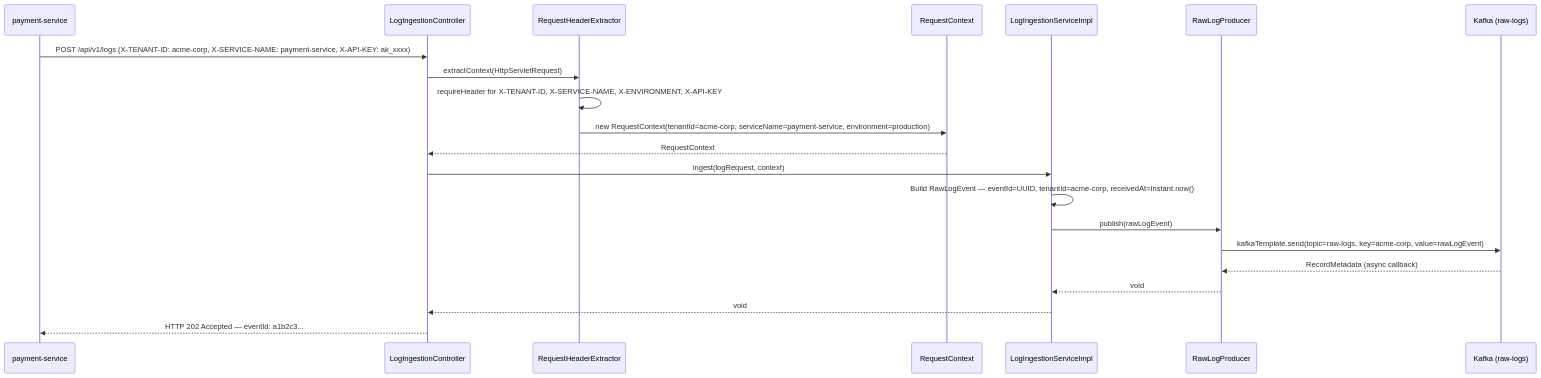
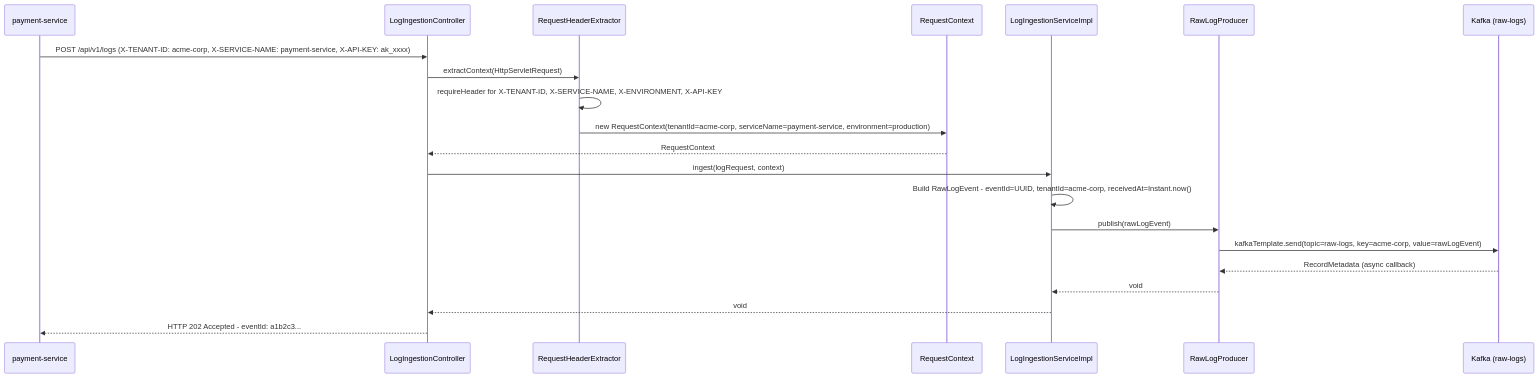
One commit to ashmitjsg/log0-website changed the fifth of 7 diagrams in content/docs/architecture/flow-diagrams.mdx. Above: the diagram before and after it, drawn with Mermaid. The commit also changed other lines of this file and 4 other files, not shown here.

````diff
--- a/content/docs/architecture/flow-diagrams.mdx
+++ b/content/docs/architecture/flow-diagrams.mdx
@@ -314,27 +314,27 @@
 ```mermaid
 sequenceDiagram
     participant SVC as payment-service
     participant CTL as LogIngestionController
     participant RHE as RequestHeaderExtractor
     participant RC as RequestContext
     participant SVC2 as LogIngestionServiceImpl
     participant PROD as RawLogProducer
     participant K as Kafka (raw-logs)
 
     SVC->>CTL: POST /api/v1/logs (X-TENANT-ID: acme-corp, X-SERVICE-NAME: payment-service, X-API-KEY: ak_xxxx)
 
     CTL->>RHE: extractContext(HttpServletRequest)
     RHE->>RHE: requireHeader for X-TENANT-ID, X-SERVICE-NAME, X-ENVIRONMENT, X-API-KEY
     RHE->>RC: new RequestContext(tenantId=acme-corp, serviceName=payment-service, environment=production)
     RC-->>CTL: RequestContext
 
     CTL->>SVC2: ingest(logRequest, context)
-    SVC2->>SVC2: Build RawLogEvent — eventId=UUID, tenantId=acme-corp, receivedAt=Instant.now()
+    SVC2->>SVC2: Build RawLogEvent - eventId=UUID, tenantId=acme-corp, receivedAt=Instant.now()
 
     SVC2->>PROD: publish(rawLogEvent)
     PROD->>K: kafkaTemplate.send(topic=raw-logs, key=acme-corp, value=rawLogEvent)
     K-->>PROD: RecordMetadata (async callback)
     PROD-->>SVC2: void
     SVC2-->>CTL: void
-    CTL-->>SVC: HTTP 202 Accepted — eventId: a1b2c3...
+    CTL-->>SVC: HTTP 202 Accepted - eventId: a1b2c3...
 ```
````
